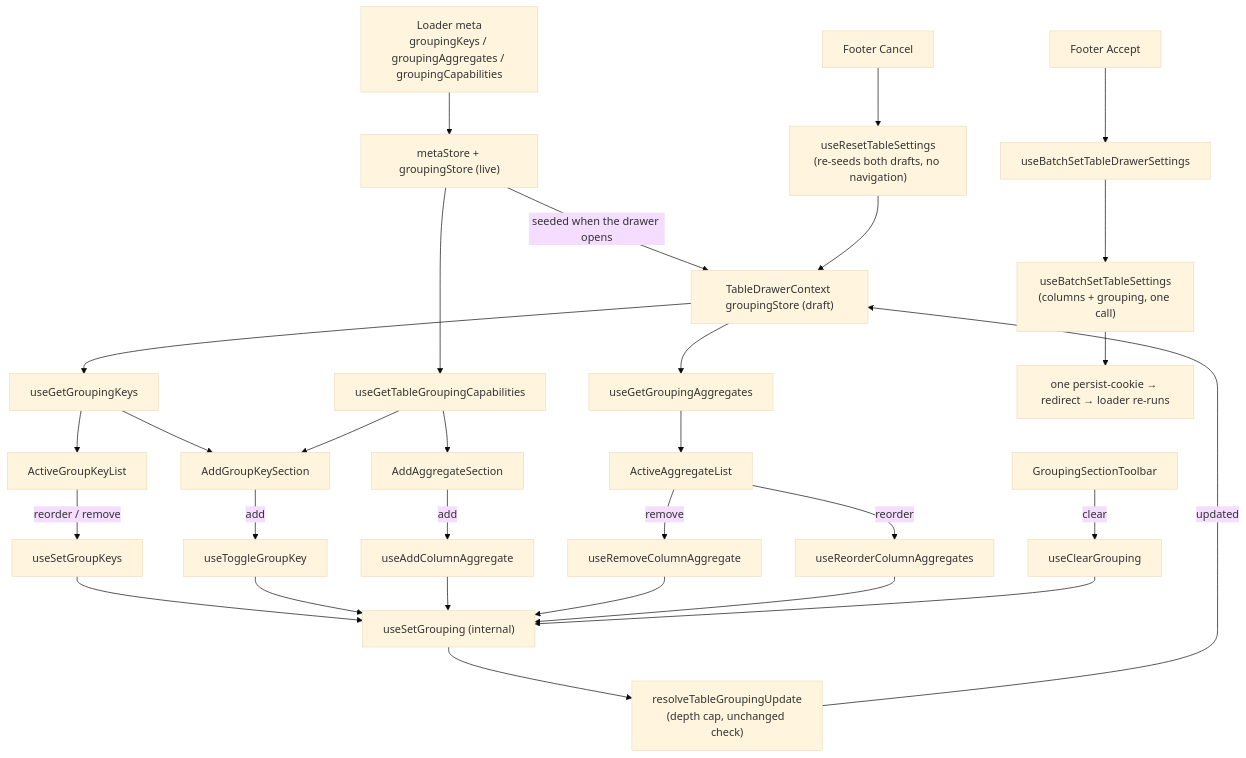
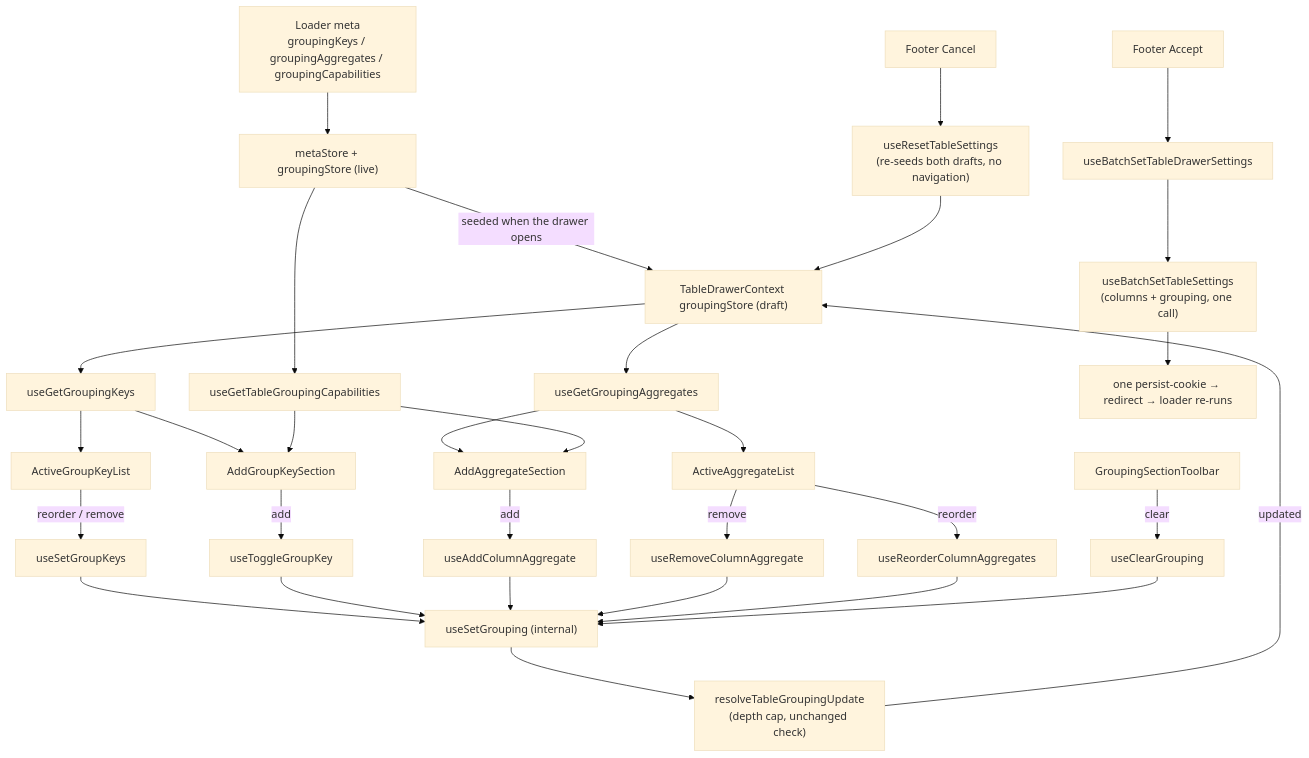
One commit to luciocabrera/lcabrera-stack changed the diagram in packages/ui/src/components/Table/TableSettingsDrawer/GroupingSection/ARCHITECTURE.md. Above: the diagram before and after it, drawn with Mermaid (base theme). The commit also changed other lines of this file and 12 other files, not shown here.

````diff
--- a/packages/ui/src/components/Table/TableSettingsDrawer/GroupingSection/ARCHITECTURE.md
+++ b/packages/ui/src/components/Table/TableSettingsDrawer/GroupingSection/ARCHITECTURE.md
@@ -80,36 +81,37 @@
 ```mermaid
 flowchart TD
   A["Loader meta<br/>groupingKeys / groupingAggregates / groupingCapabilities"] --> B["metaStore + groupingStore (live)"]
   B -->|"seeded when the drawer opens"| B2["TableDrawerContext groupingStore (draft)"]
   B2 --> C["useGetGroupingKeys"]
   B2 --> D["useGetGroupingAggregates"]
   B --> E["useGetTableGroupingCapabilities"]
 
   C --> F["ActiveGroupKeyList"]
   C --> G["AddGroupKeySection"]
   D --> H["ActiveAggregateList"]
-  E --> I["AddAggregateSection"]
+  D --> I["AddAggregateSection"]
+  E --> I
   E --> G
 
   F -->|reorder / remove| J["useSetGroupKeys"]
   G -->|add| K["useToggleGroupKey"]
   H -->|remove| L2["useRemoveColumnAggregate"]
   H -->|reorder| L3["useReorderColumnAggregates"]
   I -->|add| L["useAddColumnAggregate"]
   M["GroupingSectionToolbar"] -->|clear| N["useClearGrouping"]
 
   J --> O["useSetGrouping (internal)"]
   K --> O
   L --> O
   L2 --> O
   L3 --> O
   N --> O
   O --> P["resolveTableGroupingUpdate<br/>(depth cap, unchanged check)"]
   P -->|updated| B2
 
   R["Footer Accept"] --> S["useBatchSetTableDrawerSettings"]
   S --> T["useBatchSetTableSettings<br/>(columns + grouping, one call)"]
   T --> U["one persist-cookie → redirect → loader re-runs"]
   V["Footer Cancel"] --> W["useResetTableSettings<br/>(re-seeds both drafts, no navigation)"]
   W --> B2
 ```
````
